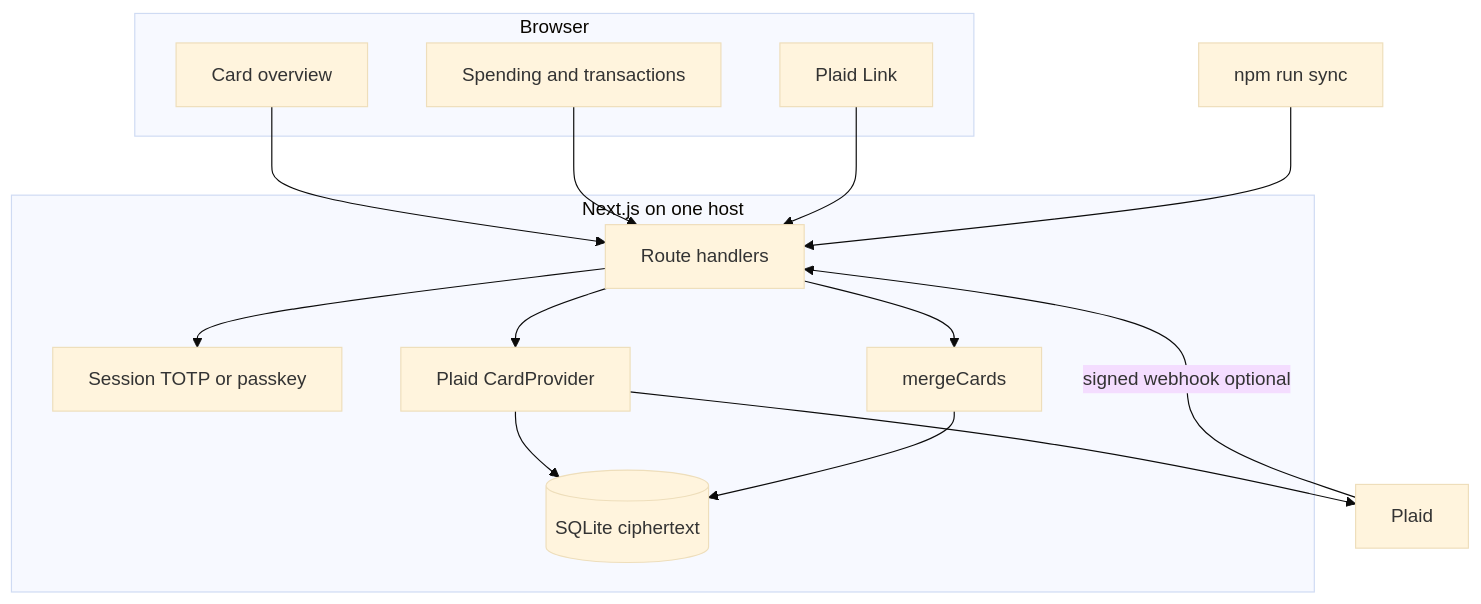
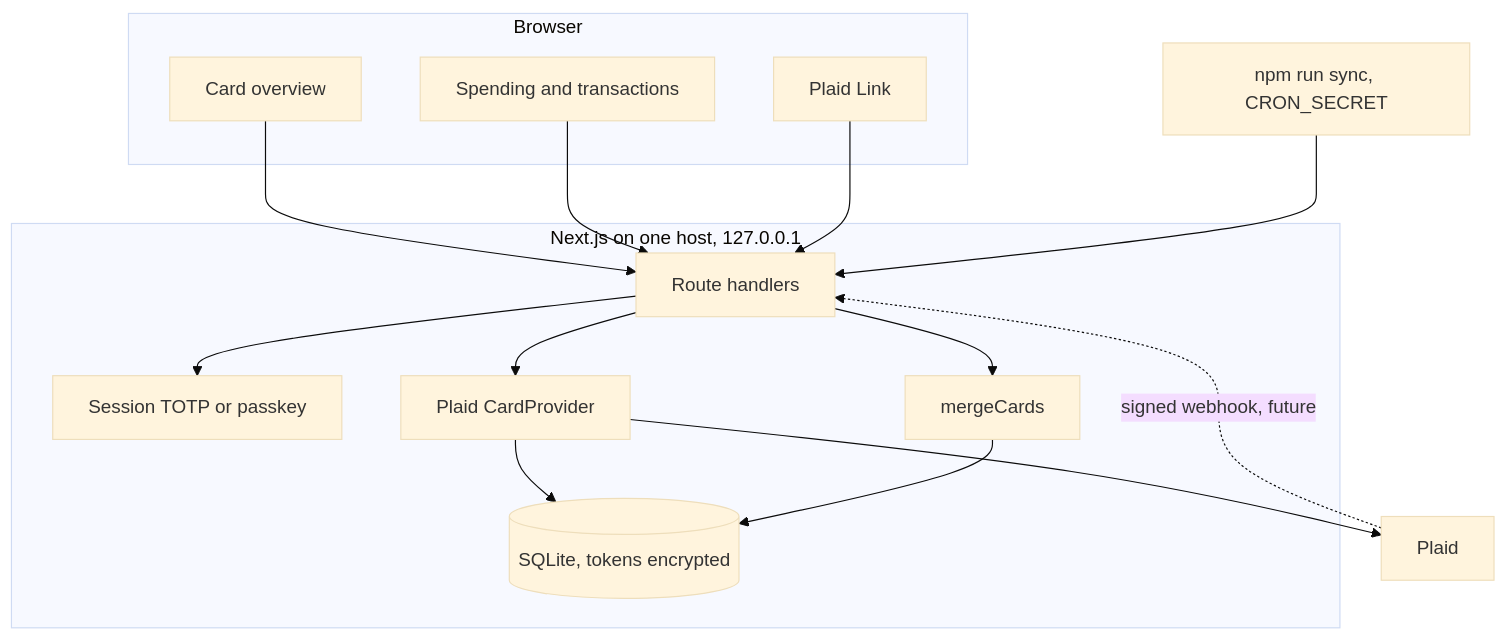
The fourth of 4 diagrams in docs/ARCHITECTURE.md (A-Pamimo/amexLink), drawn with Mermaid (base theme) before and after one commit. The commit also changed other lines of this file and 2 other files, not shown here.

First line of the commit message:
docs: reconcile HANDOVER, architecture and provider docs with the built system (WP8)

````diff
--- a/docs/ARCHITECTURE.md
+++ b/docs/ARCHITECTURE.md
@@ -350,27 +367,27 @@
 ```mermaid
 flowchart TB
   subgraph browser [Browser]
     overview[Card overview]
     spending[Spending and transactions]
     link[Plaid Link]
   end
-  subgraph app [Next.js on one host]
+  subgraph app [Next.js on one host, 127.0.0.1]
     api[Route handlers]
     auth[Session TOTP or passkey]
     adapter[Plaid CardProvider]
     merge[mergeCards]
-    db[(SQLite ciphertext)]
+    db[(SQLite, tokens encrypted)]
   end
   plaid[Plaid]
   overview --> api
   spending --> api
   link --> api
   api --> auth
   api --> adapter
   api --> merge
   adapter --> plaid
   adapter --> db
   merge --> db
-  cron[npm run sync] --> api
-  plaid -->|signed webhook optional| api
+  cron[npm run sync, CRON_SECRET] --> api
+  plaid -.->|signed webhook, future| api
 ```
````
